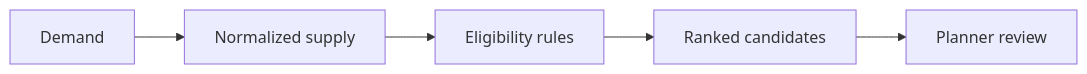
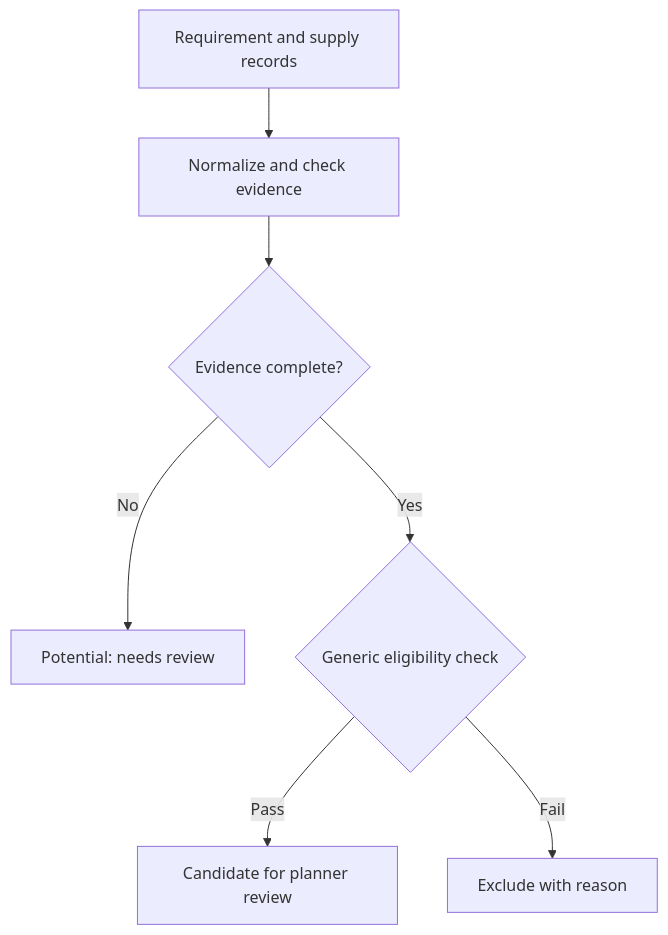
One commit to meverhart913/manufacturing-analytics-portfolio changed the diagram in projects/cr4-inventory/README.md. Above: the diagram before and after it, drawn with Mermaid. The commit also changed other lines of this file and 27 other files, not shown here.

Commit message:
Build five evidence-backed case studies and complete portfolio navigation; validate synthetic capacity demo

````diff
--- a/projects/cr4-inventory/README.md
+++ b/projects/cr4-inventory/README.md
@@ -16,7 +53,9 @@
 ```mermaid
-flowchart LR
-    A[Demand] --> B[Normalized supply]
-    B --> C[Eligibility rules]
-    C --> D[Ranked candidates]
-    D --> E[Planner review]
+flowchart TD
+    A[Requirement and supply records] --> B[Normalize and check evidence]
+    B --> C{Evidence complete?}
+    C -->|No| D[Potential: needs review]
+    C -->|Yes| E{Generic eligibility check}
+    E -->|Pass| F[Candidate for planner review]
+    E -->|Fail| G[Exclude with reason]
 ```
````
